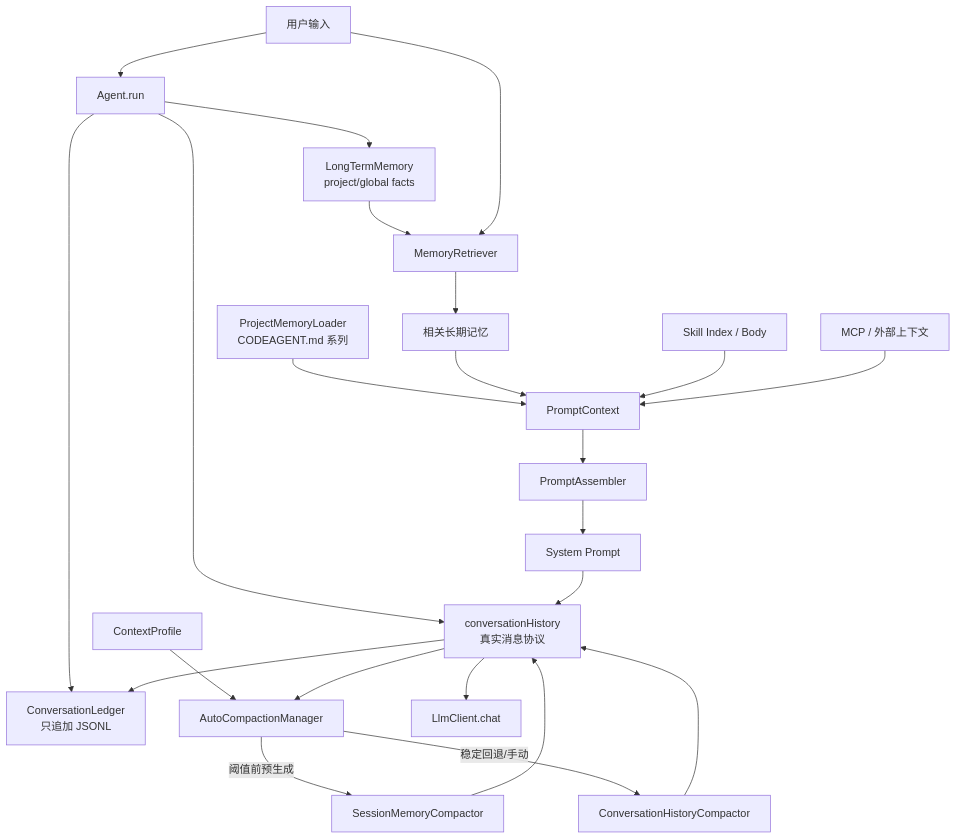
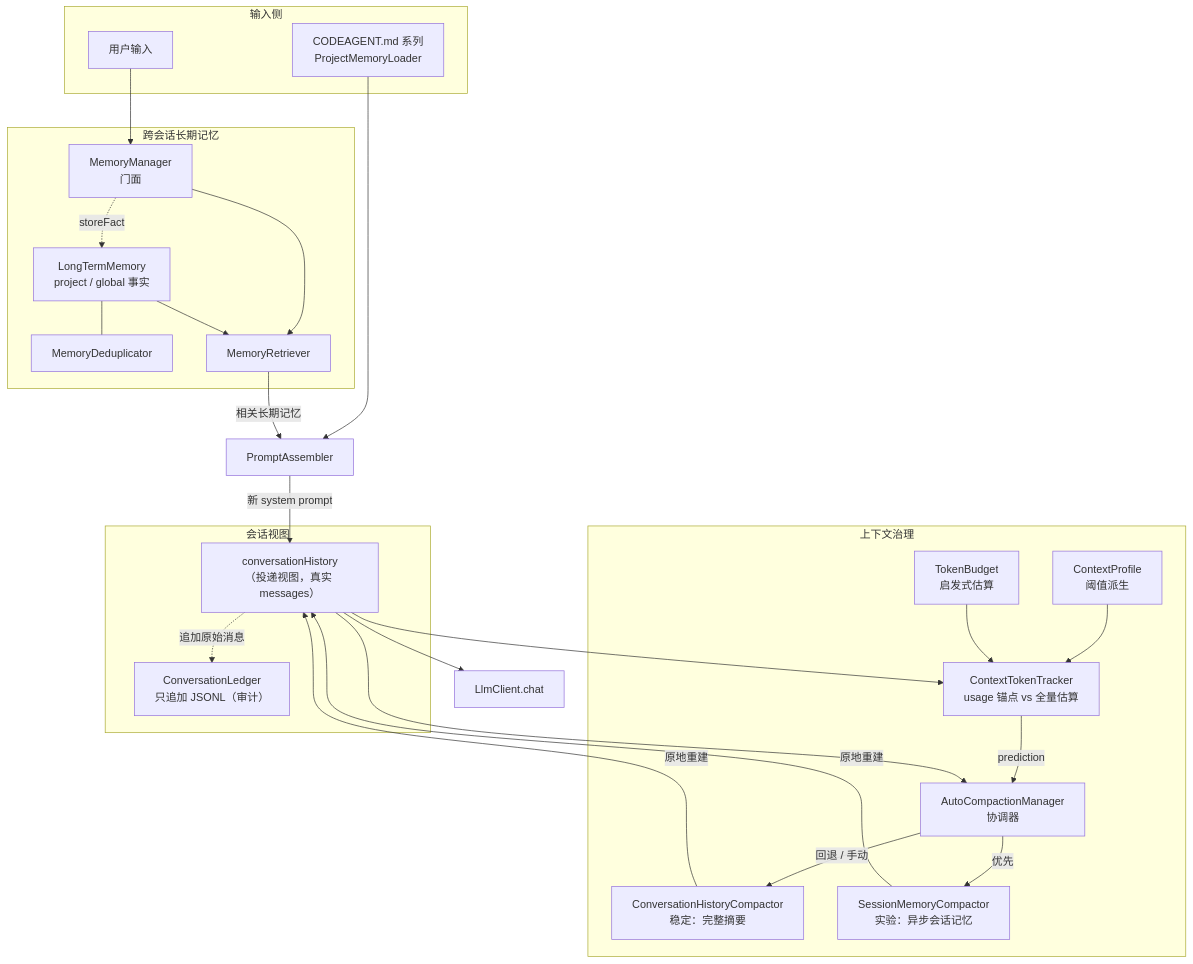
One commit to zgjdev/Code-Agent changed the first of 3 diagrams in docs/dev/06-memory-context.md. Above: the diagram before and after it, drawn with Mermaid. The commit also changed other lines of this file and 5 other files, not shown here.

````diff
--- a/docs/dev/06-memory-context.md
+++ b/docs/dev/06-memory-context.md
@@ -54,30 +88,50 @@
 ```mermaid
 flowchart TB
-    User[用户输入] --> Agent[Agent.run]
+    subgraph Input["输入侧"]
+        U["用户输入"]
+        CM["CODEAGENT.md 系列<br/>ProjectMemoryLoader"]
+    end
 
-    Agent --> Hist[conversationHistory<br/>真实消息协议]
-    Agent --> LTM[LongTermMemory<br/>project/global facts]
-    Agent --> Ledger[ConversationLedger<br/>只追加 JSONL]
+    subgraph Views["会话视图"]
+        Hist["conversationHistory<br/>（投递视图，真实 messages）"]
+        Ledger["ConversationLedger<br/>只追加 JSONL（审计）"]
+    end
 
-    LTM --> Retriever[MemoryRetriever]
-    User --> Retriever
-    Retriever --> Relevant[相关长期记忆]
+    subgraph LongTerm["跨会话长期记忆"]
+        MM["MemoryManager<br/>门面"]
+        LTM["LongTermMemory<br/>project / global 事实"]
+        Dedup["MemoryDeduplicator"]
+        Retr["MemoryRetriever"]
+    end
 
-    PAI[ProjectMemoryLoader<br/>CODEAGENT.md 系列] --> PC[PromptContext]
-    Relevant --> PC
-    Skill[Skill Index / Body] --> PC
-    External[MCP / 外部上下文] --> PC
-    PC --> Assembler[PromptAssembler]
-    Assembler --> System[System Prompt]
-    System --> Hist
+    subgraph Context["上下文治理"]
+        Budget["TokenBudget<br/>启发式估算"]
+        Profile["ContextProfile<br/>阈值派生"]
+        Tracker["ContextTokenTracker<br/>usage 锚点 vs 全量估算"]
+        Auto["AutoCompactionManager<br/>协调器"]
+        Full["ConversationHistoryCompactor<br/>稳定：完整摘要"]
+        Sess["SessionMemoryCompactor<br/>实验：异步会话记忆"]
+    end
 
-    Profile[ContextProfile] --> Auto[AutoCompactionManager]
+    U --> MM
+    CM --> Prompt["PromptAssembler"]
+    MM --> Retr
+    LTM --> Retr
+    Retr -->|"相关长期记忆"| Prompt
+    Prompt -->|"新 system prompt"| Hist
+    MM -.->|"storeFact"| LTM
+    LTM --- Dedup
+
+    Hist --> Tracker
+    Profile --> Tracker
+    Budget --> Tracker
+    Tracker -->|"prediction"| Auto
     Hist --> Auto
-    Auto -->|阈值前预生成| SessionMem[SessionMemoryCompactor]
-    Auto -->|稳定回退/手动| FullComp[ConversationHistoryCompactor]
-    SessionMem --> Hist
-    FullComp --> Hist
+    Auto -->|"优先"| Sess
+    Auto -->|"回退 / 手动"| Full
+    Sess -->|"原地重建"| Hist
+    Full -->|"原地重建"| Hist
 
-    Hist --> LLM[LlmClient.chat]
-    Hist --> Ledger
+    Hist --> LLM["LlmClient.chat"]
+    Hist -.->|"追加原始消息"| Ledger
 ```
````
